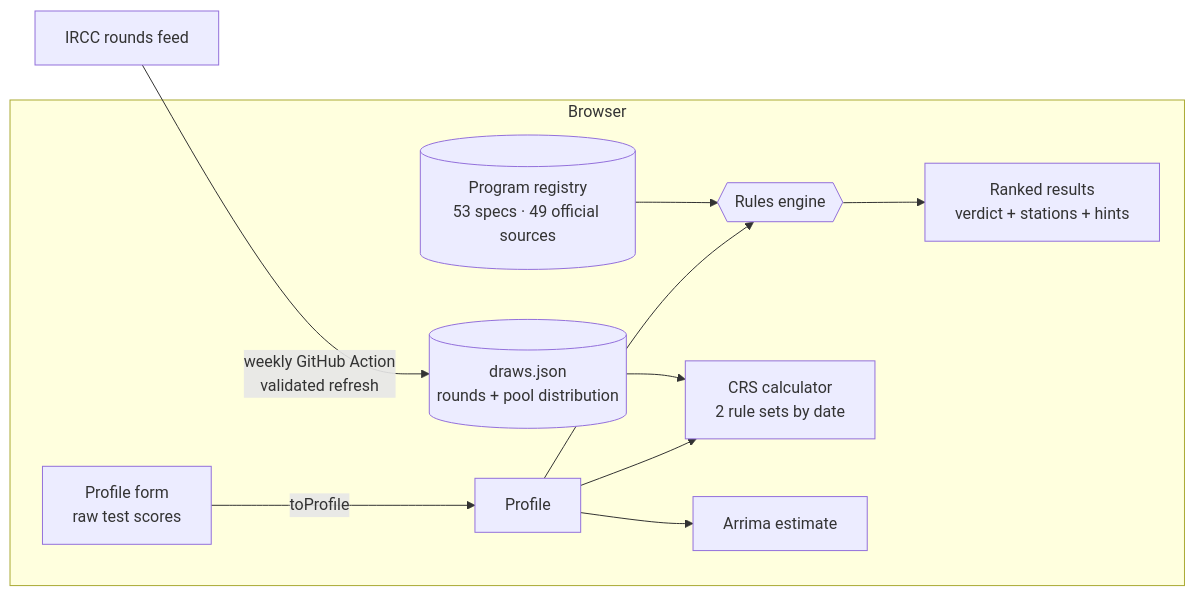
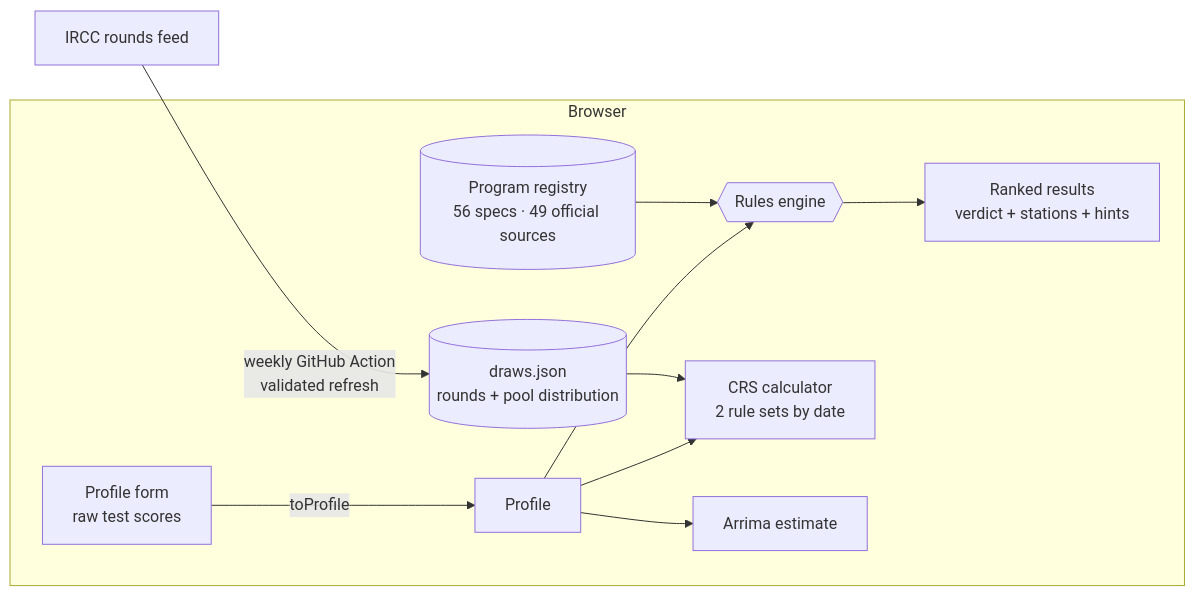
The diagram in README.md (EllenSyuu/IMMCA), drawn with Mermaid before and after one commit. The commit also changed other lines of this file and 14 other files, not shown here.

````diff
--- a/README.md
+++ b/README.md
@@ -42,13 +42,13 @@
 ```mermaid
 flowchart LR
   subgraph Browser
     F[Profile form<br/>raw test scores] -->|toProfile| P[Profile]
     P --> E{{Rules engine}}
-    R[(Program registry<br/>53 specs · 49 official sources)] --> E
+    R[(Program registry<br/>56 specs · 49 official sources)] --> E
     E --> V[Ranked results<br/>verdict + stations + hints]
     P --> C[CRS calculator<br/>2 rule sets by date]
     P --> A[Arrima estimate]
     D[(draws.json<br/>rounds + pool distribution)] --> C
   end
   I[IRCC rounds feed] -->|weekly GitHub Action<br/>validated refresh| D
 ```
````
